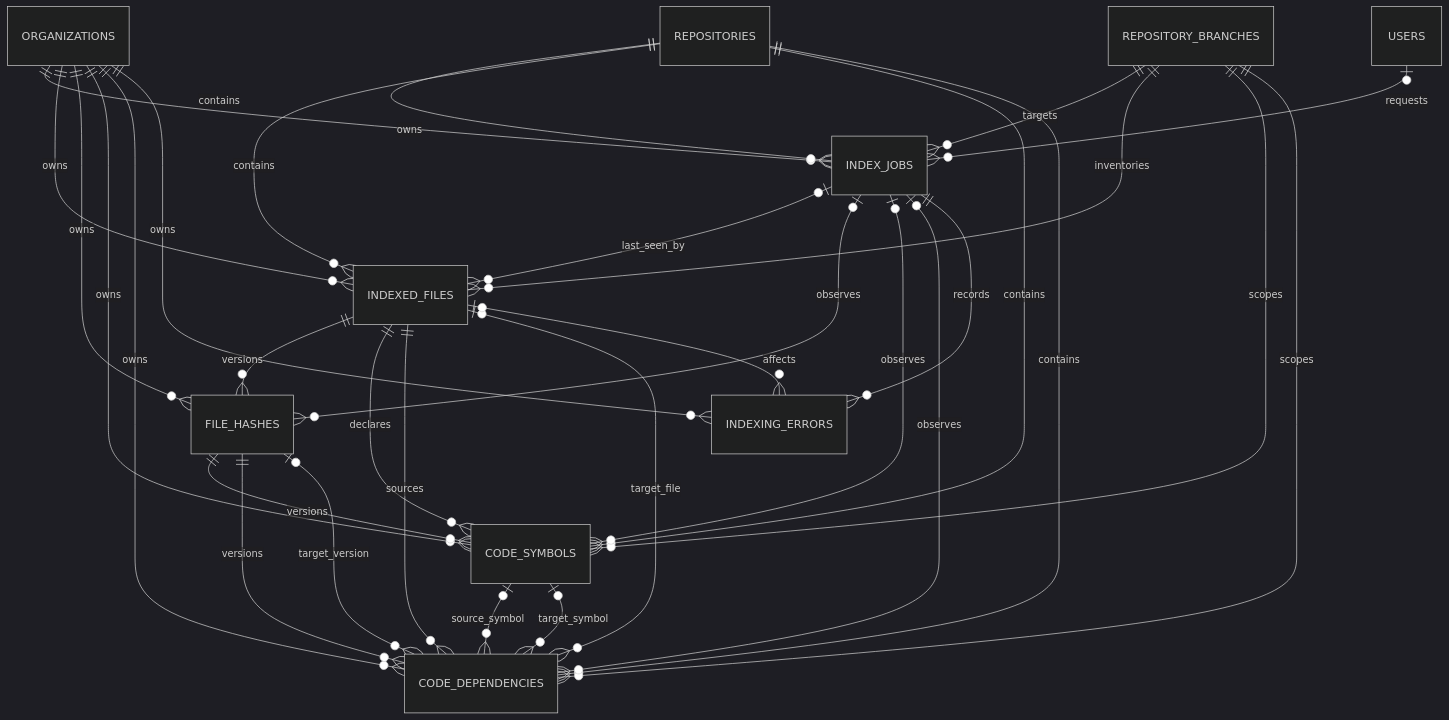
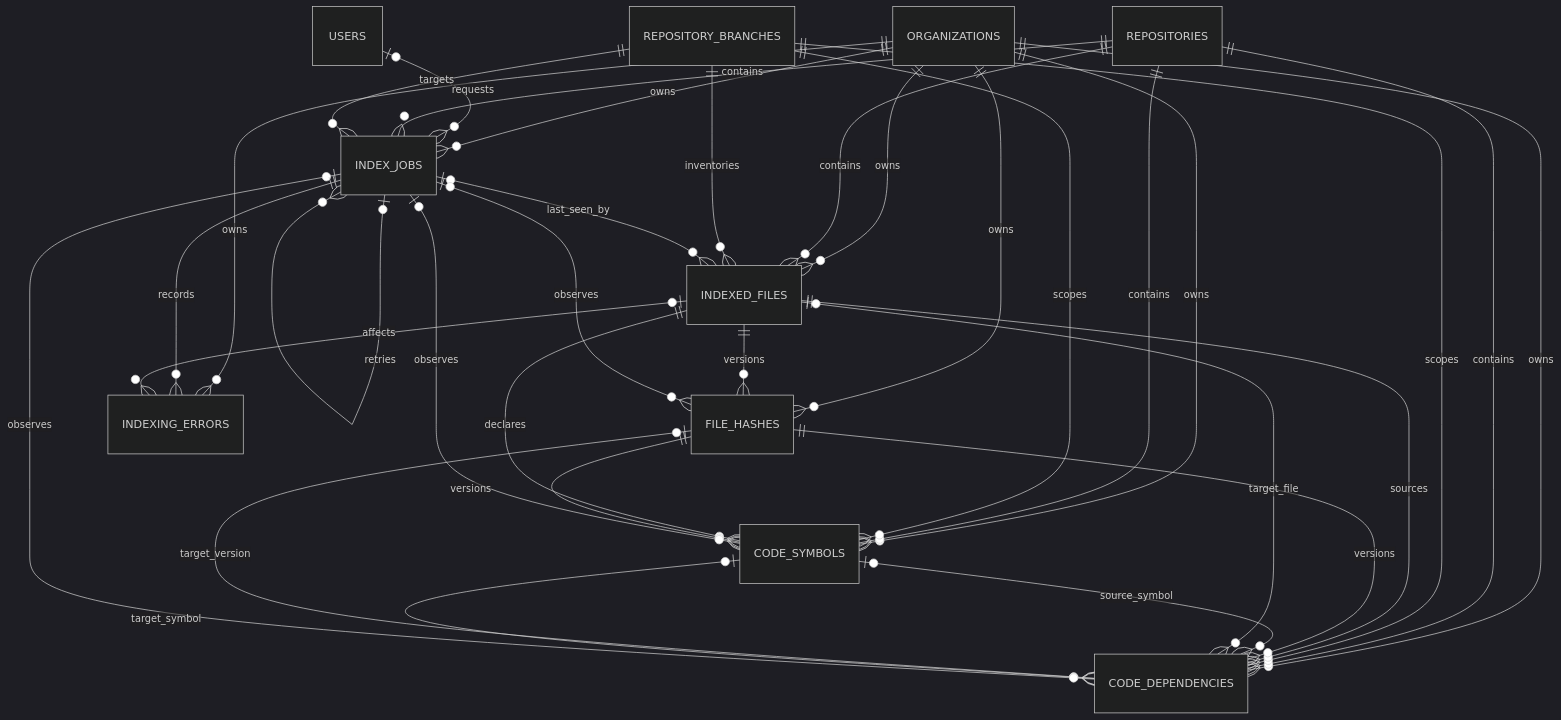
The diagram in docs/03-database/indexing-strategy.md (Pradeep1816/codemind-api), drawn with Mermaid (dark theme) before and after one commit. The commit also changed other lines of this file and 31 other files, not shown here.

````diff
--- a/docs/03-database/indexing-strategy.md
+++ b/docs/03-database/indexing-strategy.md
@@ -31,38 +31,39 @@
 ```mermaid
 erDiagram
     ORGANIZATIONS ||--o{ INDEX_JOBS : owns
     USERS o|--o{ INDEX_JOBS : requests
     REPOSITORIES ||--o{ INDEX_JOBS : contains
     REPOSITORY_BRANCHES ||--o{ INDEX_JOBS : targets
+    INDEX_JOBS o|--o{ INDEX_JOBS : retries
 
     ORGANIZATIONS ||--o{ INDEXED_FILES : owns
     REPOSITORIES ||--o{ INDEXED_FILES : contains
     REPOSITORY_BRANCHES ||--o{ INDEXED_FILES : inventories
     INDEX_JOBS o|--o{ INDEXED_FILES : last_seen_by
 
     ORGANIZATIONS ||--o{ FILE_HASHES : owns
     INDEXED_FILES ||--o{ FILE_HASHES : versions
     INDEX_JOBS o|--o{ FILE_HASHES : observes
 
     ORGANIZATIONS ||--o{ CODE_SYMBOLS : owns
     REPOSITORIES ||--o{ CODE_SYMBOLS : contains
     REPOSITORY_BRANCHES ||--o{ CODE_SYMBOLS : scopes
     INDEXED_FILES ||--o{ CODE_SYMBOLS : declares
     FILE_HASHES ||--o{ CODE_SYMBOLS : versions
     INDEX_JOBS o|--o{ CODE_SYMBOLS : observes
 
     ORGANIZATIONS ||--o{ CODE_DEPENDENCIES : owns
     REPOSITORIES ||--o{ CODE_DEPENDENCIES : contains
     REPOSITORY_BRANCHES ||--o{ CODE_DEPENDENCIES : scopes
     INDEXED_FILES ||--o{ CODE_DEPENDENCIES : sources
     FILE_HASHES ||--o{ CODE_DEPENDENCIES : versions
     CODE_SYMBOLS o|--o{ CODE_DEPENDENCIES : source_symbol
     INDEXED_FILES o|--o{ CODE_DEPENDENCIES : target_file
     FILE_HASHES o|--o{ CODE_DEPENDENCIES : target_version
     CODE_SYMBOLS o|--o{ CODE_DEPENDENCIES : target_symbol
     INDEX_JOBS o|--o{ CODE_DEPENDENCIES : observes
 
     ORGANIZATIONS ||--o{ INDEXING_ERRORS : owns
     INDEX_JOBS ||--o{ INDEXING_ERRORS : records
     INDEXED_FILES o|--o{ INDEXING_ERRORS : affects
 ```
````
